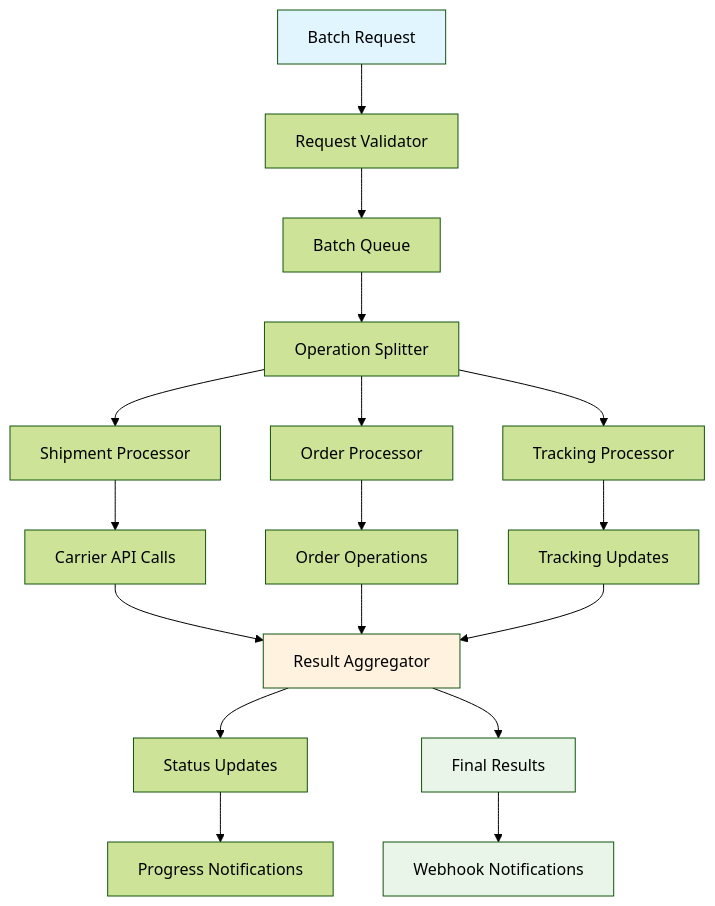
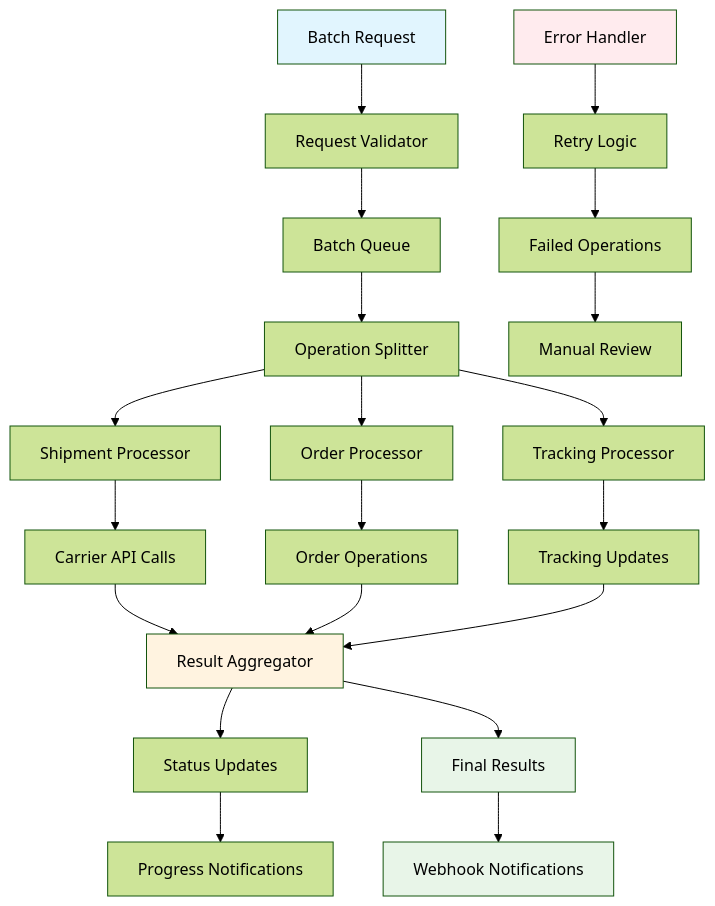
Before and after one commit to karrioapi/karrio: the diagram in apps/web/src/app/docs/products/batch-processing/page.mdx, drawn with Mermaid (forest theme). The commit also changed other lines of this file and 27 other files, not shown here.

````diff
--- a/apps/web/src/app/docs/products/batch-processing/page.mdx
+++ b/apps/web/src/app/docs/products/batch-processing/page.mdx
@@ -37,29 +65,34 @@
 ```mermaid
 flowchart TD
     A[Batch Request] --> B[Request Validator]
     B --> C[Batch Queue]
     C --> D[Operation Splitter]
 
     D --> E[Shipment Processor]
     D --> F[Order Processor]
     D --> G[Tracking Processor]
 
     E --> H[Carrier API Calls]
     F --> I[Order Operations]
     G --> J[Tracking Updates]
 
     H --> K[Result Aggregator]
     I --> K
     J --> K
 
     K --> L[Status Updates]
     L --> M[Progress Notifications]
 
     K --> N[Final Results]
     N --> O[Webhook Notifications]
 
+    P[Error Handler] --> Q[Retry Logic]
+    Q --> R[Failed Operations]
+    R --> S[Manual Review]
+
     style A fill:#e1f5fe
     style K fill:#fff3e0
     style N fill:#e8f5e8
     style O fill:#e8f5e8
+    style P fill:#ffebee
 ```
````
